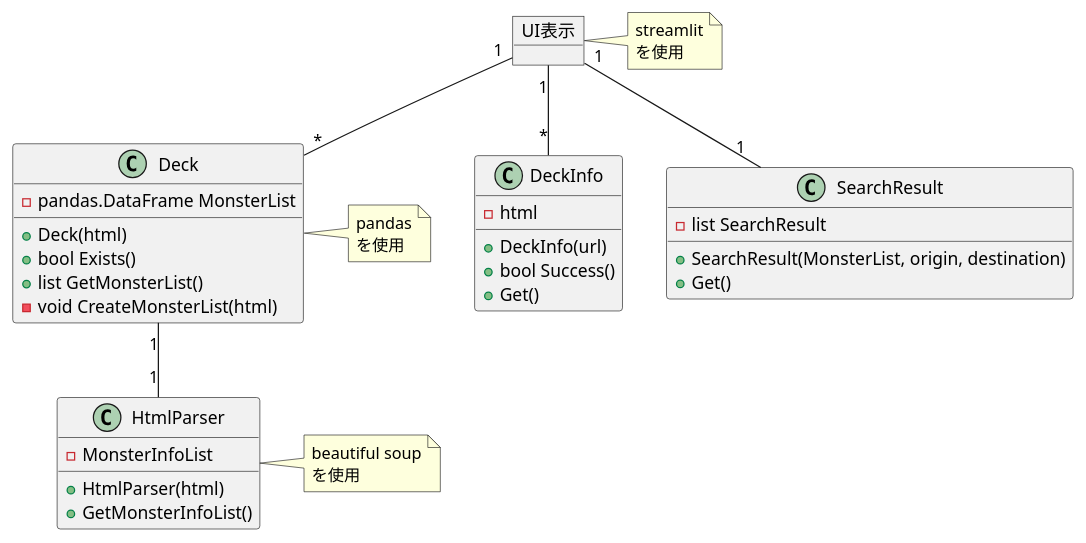
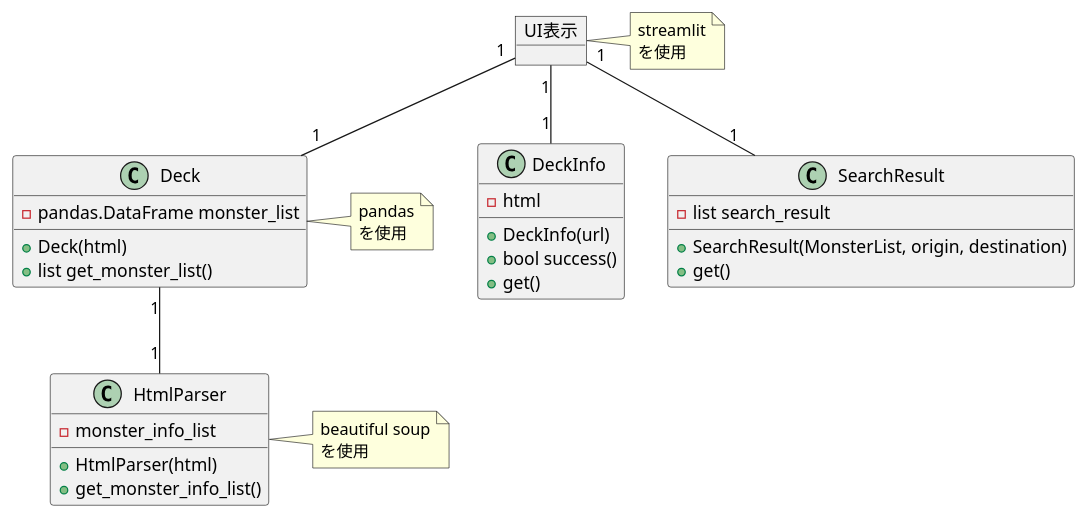
One commit to ikishichi/ygo-small-world-transit changed the fifth of 6 diagrams in docs/ygo-small-world-transit.md. Above: the diagram before and after it, drawn with PlantUML. The commit also changed other lines of this file, not shown here.

Commit message:
ドキュメント更新 シーケンス図、クラス図を最新の設計に合わせる。

````diff
--- a/docs/ygo-small-world-transit.md
+++ b/docs/ygo-small-world-transit.md
@@ -115,45 +115,43 @@
 ```plantuml
 @startuml
 object "UI表示" as ui
 note right
 streamlit
 を使用
 endnote
 class DeckInfo{
     - html
     + DeckInfo(url)
-    + bool Success()
-    + Get()
+    + bool success()
+    + get()
 }
 class SearchResult {
-    - list SearchResult
+    - list search_result
     + SearchResult(MonsterList, origin, destination)
-    + Get()
+    + get()
 }
 class Deck{
-    - pandas.DataFrame MonsterList
+    - pandas.DataFrame monster_list
     + Deck(html)
-    + bool Exists()
-    + list GetMonsterList()
-    - void CreateMonsterList(html)
+    + list get_monster_list()
 }
 note right
 pandas
 を使用
 endnote
 class HtmlParser{
-    - MonsterInfoList
+    - monster_info_list
     + HtmlParser(html)
-    + GetMonsterInfoList()
+    + get_monster_info_list()
 }
 note right
 beautiful soup
 を使用
 endnote
-ui "1"--"*" DeckInfo
+ui "1"--"1" DeckInfo
 ui "1"--"1" SearchResult
 
-ui "1"--"*" Deck
+ui "1"--"1" Deck
 Deck "1"--"1" HtmlParser
 @enduml
 ```
````
